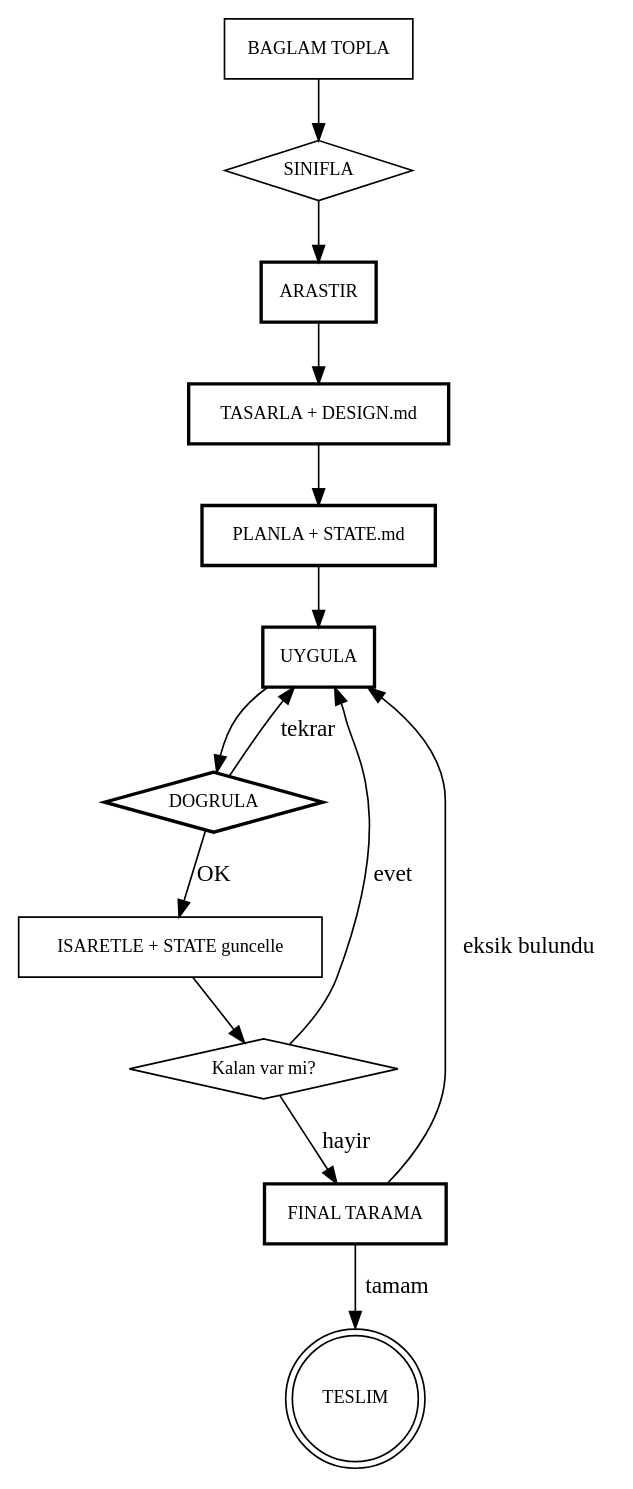
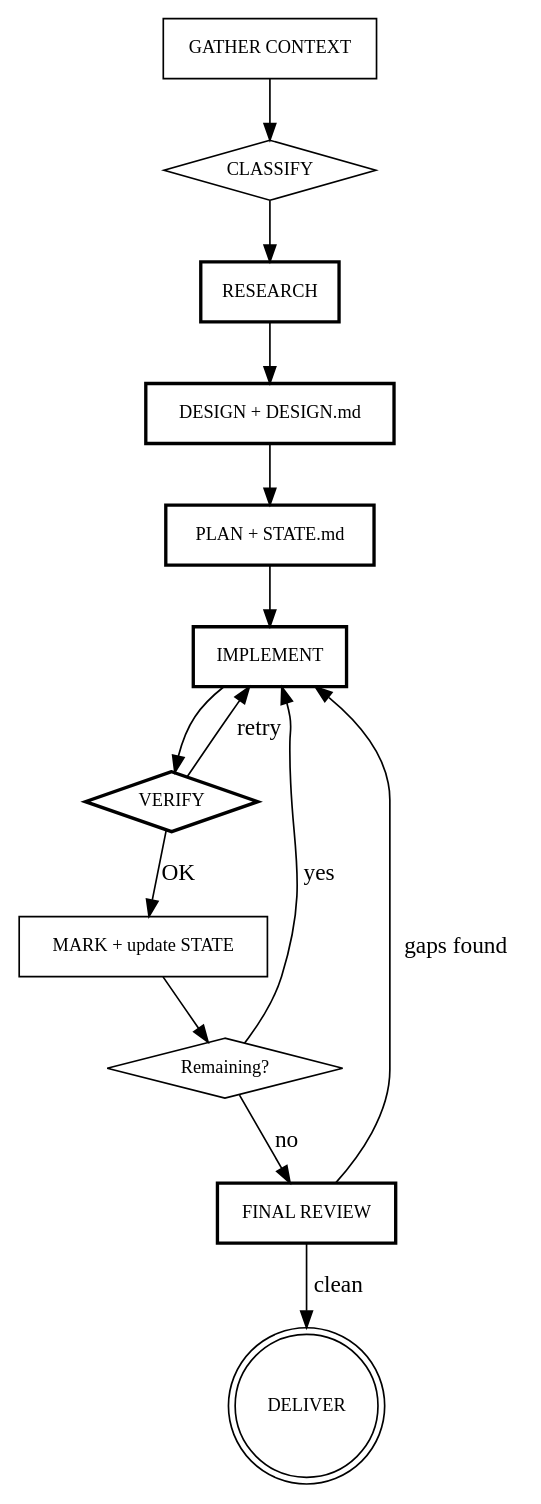
Before and after one commit to AFN7/afn-skill: the second of 2 diagrams in skills/afn/SKILL.md, drawn with Graphviz. The commit also changed other lines of this file, not shown here.

````diff
--- a/skills/afn/SKILL.md
+++ b/skills/afn/SKILL.md
@@ -130,32 +132,32 @@
 ```dot
 digraph afn {
   rankdir=TB;
   node [fontsize=11];
 
-  "BAGLAM TOPLA" [shape=box];
-  "SINIFLA" [shape=diamond];
-  "ARASTIR" [shape=box, style=bold];
-  "TASARLA + DESIGN.md" [shape=box, style=bold];
-  "PLANLA + STATE.md" [shape=box, style=bold];
-  "UYGULA" [shape=box, style=bold];
-  "DOGRULA" [shape=diamond, style=bold];
-  "ISARETLE + STATE guncelle" [shape=box];
-  "Kalan var mi?" [shape=diamond];
-  "FINAL TARAMA" [shape=box, style=bold];
-  "TESLIM" [shape=doublecircle];
+  "GATHER CONTEXT" [shape=box];
+  "CLASSIFY" [shape=diamond];
+  "RESEARCH" [shape=box, style=bold];
+  "DESIGN + DESIGN.md" [shape=box, style=bold];
+  "PLAN + STATE.md" [shape=box, style=bold];
+  "IMPLEMENT" [shape=box, style=bold];
+  "VERIFY" [shape=diamond, style=bold];
+  "MARK + update STATE" [shape=box];
+  "Remaining?" [shape=diamond];
+  "FINAL REVIEW" [shape=box, style=bold];
+  "DELIVER" [shape=doublecircle];
 
-  "BAGLAM TOPLA" -> "SINIFLA";
-  "SINIFLA" -> "ARASTIR";
-  "ARASTIR" -> "TASARLA + DESIGN.md";
-  "TASARLA + DESIGN.md" -> "PLANLA + STATE.md";
-  "PLANLA + STATE.md" -> "UYGULA";
-  "UYGULA" -> "DOGRULA";
-  "DOGRULA" -> "ISARETLE + STATE guncelle" [label="OK"];
-  "DOGRULA" -> "UYGULA" [label="tekrar"];
-  "ISARETLE + STATE guncelle" -> "Kalan var mi?";
-  "Kalan var mi?" -> "UYGULA" [label="evet"];
-  "Kalan var mi?" -> "FINAL TARAMA" [label="hayir"];
-  "FINAL TARAMA" -> "UYGULA" [label="eksik bulundu"];
-  "FINAL TARAMA" -> "TESLIM" [label="tamam"];
+  "GATHER CONTEXT" -> "CLASSIFY";
+  "CLASSIFY" -> "RESEARCH";
+  "RESEARCH" -> "DESIGN + DESIGN.md";
+  "DESIGN + DESIGN.md" -> "PLAN + STATE.md";
+  "PLAN + STATE.md" -> "IMPLEMENT";
+  "IMPLEMENT" -> "VERIFY";
+  "VERIFY" -> "MARK + update STATE" [label="OK"];
+  "VERIFY" -> "IMPLEMENT" [label="retry"];
+  "MARK + update STATE" -> "Remaining?";
+  "Remaining?" -> "IMPLEMENT" [label="yes"];
+  "Remaining?" -> "FINAL REVIEW" [label="no"];
+  "FINAL REVIEW" -> "IMPLEMENT" [label="gaps found"];
+  "FINAL REVIEW" -> "DELIVER" [label="clean"];
 }
 ```
````
